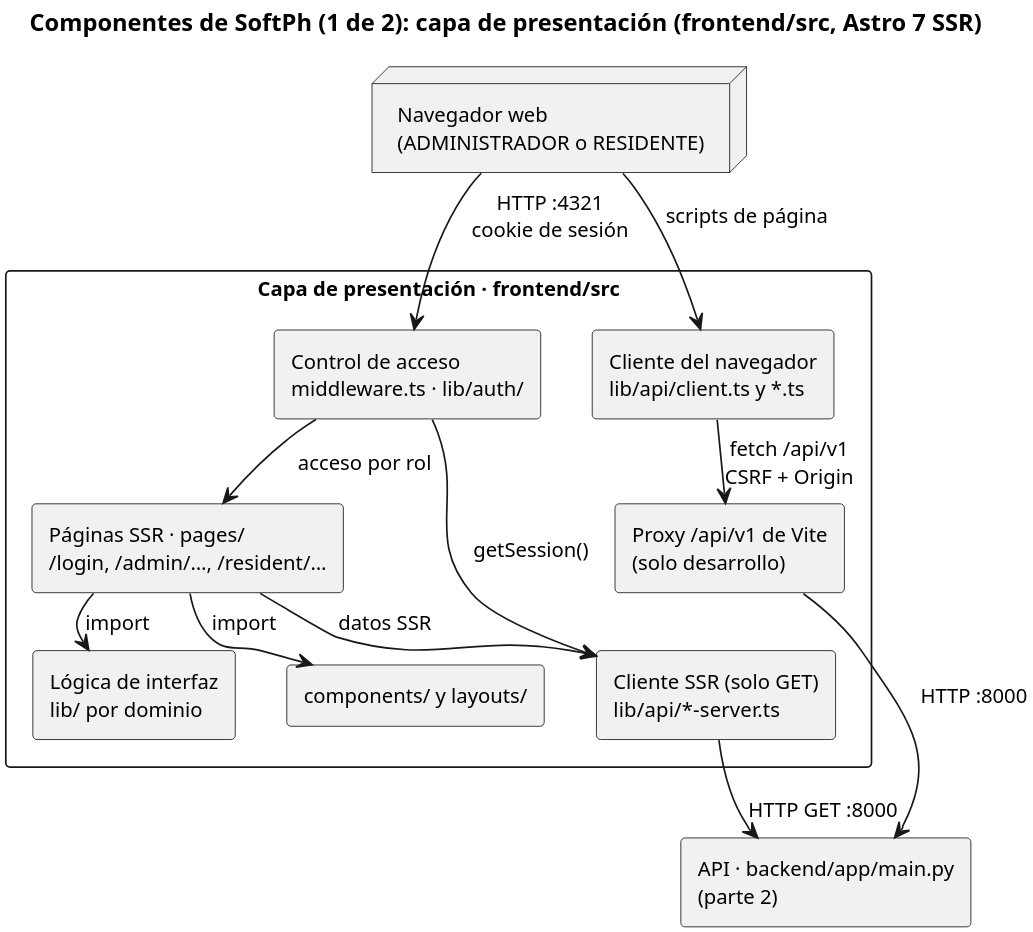
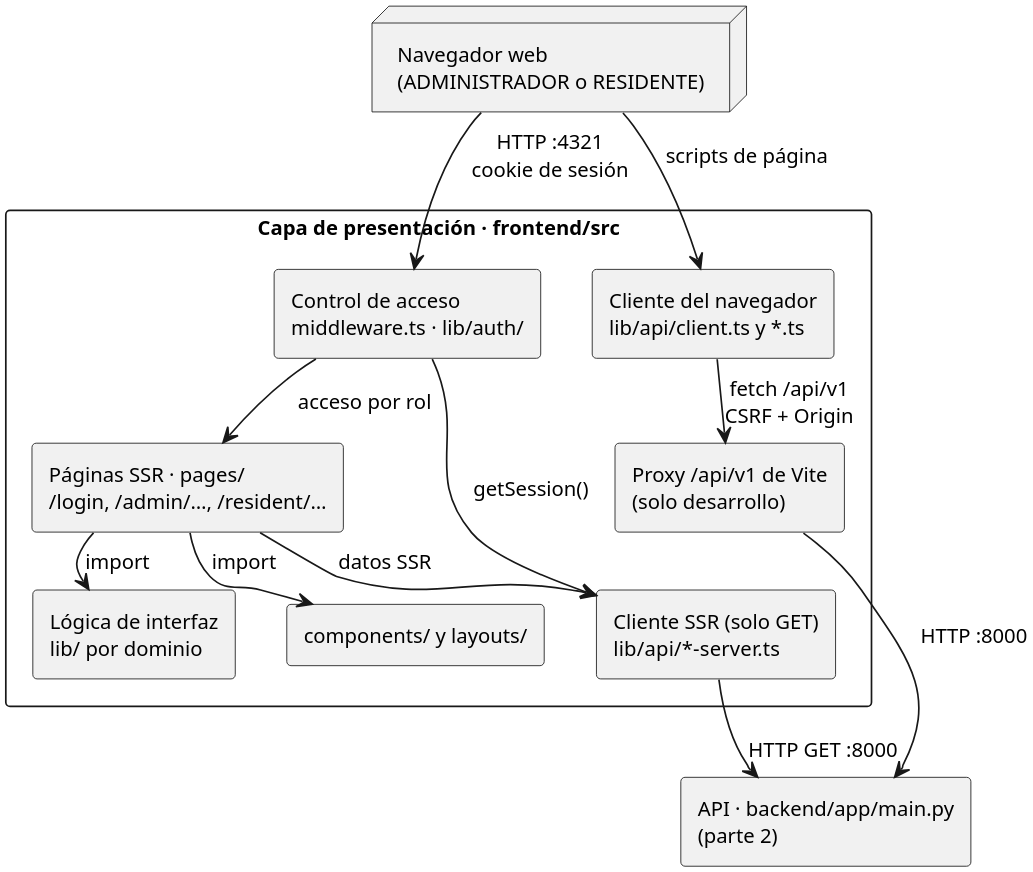
The diagram in docs/entrega-objetivos/arquitectura/componentes-parte1.puml (yilberDev/SoftPh-Academico), drawn with PlantUML before and after one commit. The commit also changed 69 other files, not shown here.

First line of the commit message:
docs(diagrams): drop titles and clear crossed labels

```diff
--- a/docs/entrega-objetivos/arquitectura/componentes-parte1.puml
+++ b/docs/entrega-objetivos/arquitectura/componentes-parte1.puml
@@ -1,45 +1,45 @@
 @startuml
 ' Diagrama de componentes detallado de SoftPh, parte 1 de 2 (Anexo B): la capa de presentación.
 ' Los mismos componentes y comunicaciones del frontend que componentes.puml (versión v1.1-academico),
 ' con textos más cortos para leerse en una hoja carta horizontal con letra de al menos 9 pt.
 ' La parte 2 contiene la API, la lógica de negocio, la persistencia y los componentes transversales.
 ' Correspondencia: ../correspondencia.md (Anexo C); archivo y líneas: ../verificacion-arquitectura.md.
 skinparam dpi 300
 skinparam monochrome true
 skinparam backgroundColor white
 skinparam shadowing false
 skinparam defaultFontName Helvetica
 skinparam defaultFontSize 12
 skinparam componentStyle rectangle
 skinparam packageStyle rectangle
 skinparam nodesep 30
 skinparam ranksep 10
 top to bottom direction
 
-title Componentes de SoftPh (1 de 2): capa de presentación (frontend/src, Astro 7 SSR)
+' Título (no se dibuja; lo pone el pie de figura del informe): Componentes de SoftPh (1 de 2): capa de presentación (frontend/src, Astro 7 SSR)
 
 node "Navegador web\n(ADMINISTRADOR o RESIDENTE)" as navegador
 
 package "Capa de presentación · frontend/src" as pres {
   component "Control de acceso\nmiddleware.ts · lib/auth/" as middleware
   component "Cliente del navegador\nlib/api/client.ts y *.ts" as apiclient
   component "Páginas SSR · pages/\n/login, /admin/…, /resident/…" as pages
   component "Proxy /api/v1 de Vite\n(solo desarrollo)" as proxy
   component "components/ y layouts/" as ui
   component "Lógica de interfaz\nlib/ por dominio" as libdom
   component "Cliente SSR (solo GET)\nlib/api/*-server.ts" as apiserver
 }
 
 component "API · backend/app/main.py\n(parte 2)" as main
 
 navegador -down-> middleware : "HTTP :4321\ncookie de sesión"
 navegador -down-> apiclient : "scripts de página"
 middleware -down-> pages : "acceso por rol"
 middleware -down-> apiserver : "getSession()"
 pages -down-> ui : "import"
 pages -down-> libdom : "import"
 pages -down-> apiserver : "datos SSR"
 apiclient -down-> proxy : "fetch /api/v1\nCSRF + Origin"
 proxy -down-> main : "HTTP :8000"
 apiserver -down-> main : "HTTP GET :8000"
 @enduml
```
